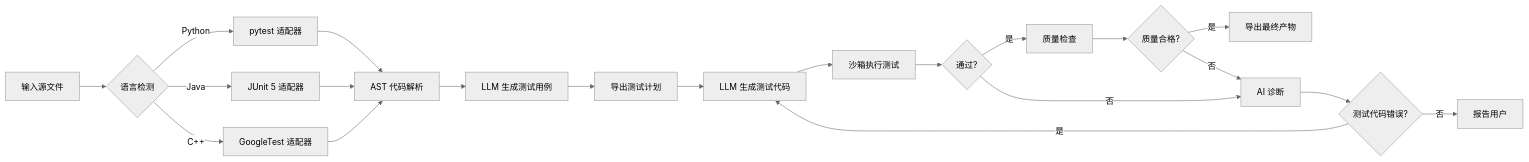
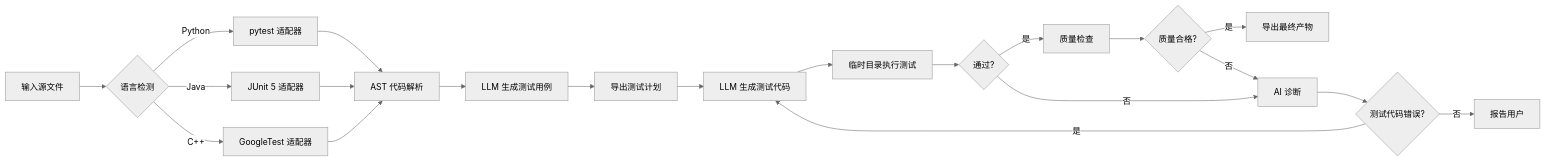
One commit to sanqianclx/TestCaseAgent changed the first of 2 diagrams in readme.md. Above: the diagram before and after it, drawn with Mermaid (neutral theme). The commit also changed other lines of this file and 17 other files, not shown here.

````diff
--- a/readme.md
+++ b/readme.md
@@ -28,23 +28,23 @@
 ```mermaid
 flowchart LR
     A[输入源文件] --> B{语言检测}
     B -->|Python| C1[pytest 适配器]
     B -->|Java| C2[JUnit 5 适配器]
     B -->|C++| C3[GoogleTest 适配器]
     C1 --> D[AST 代码解析]
     C2 --> D
     C3 --> D
     D --> E[LLM 生成测试用例]
     E --> F[导出测试计划]
     F --> G[LLM 生成测试代码]
-    G --> H[沙箱执行测试]
+    G --> H[临时目录执行测试]
     H --> I{通过?}
     I -->|是| J[质量检查]
     J --> K{质量合格?}
     K -->|是| L[导出最终产物]
     K -->|否| M[AI 诊断]
     I -->|否| M
     M --> N{测试代码错误?}
     N -->|是| G
     N -->|否| O[报告用户]
 ```
````
